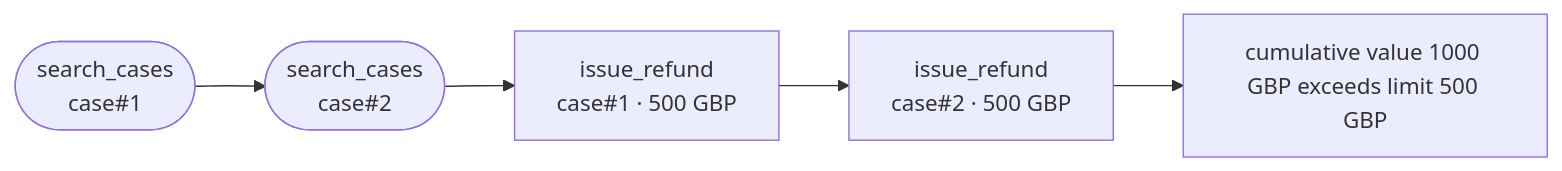
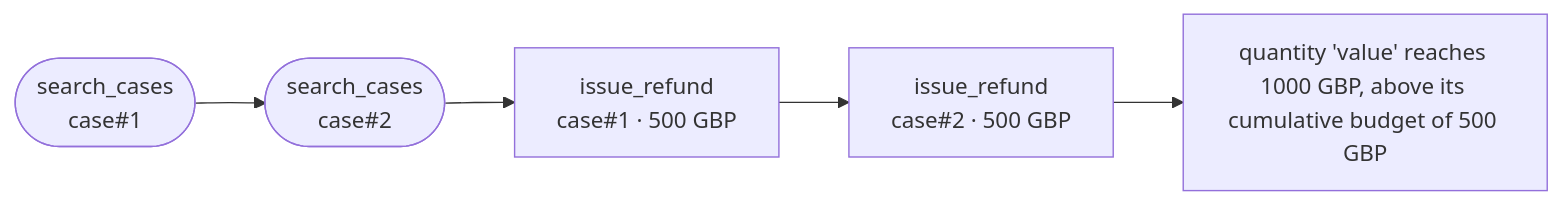
The diagram in docs/ci.md (mrwersa/agentmandate), drawn with Mermaid before and after one commit. The commit also changed other lines of this file and 427 other files, not shown here.

First line of the commit message:
feat!: model named cumulative quantity budgets (#266)

````diff
--- a/docs/ci.md
+++ b/docs/ci.md
@@ -73,12 +73,12 @@
 ```mermaid
 flowchart LR
   s0(["search_cases<br/>case#1"])
   s1(["search_cases<br/>case#2"])
   s0 --> s1
   s2["issue_refund<br/>case#1 · 500 GBP"]
   s1 --> s2
   s3["issue_refund<br/>case#2 · 500 GBP"]
   s2 --> s3
-  breach["cumulative value 1000 GBP exceeds limit 500 GBP"]
+  breach["quantity 'value' reaches 1000 GBP, above its cumulative budget of 500 GBP"]
   s3 --> breach
 ```
````
